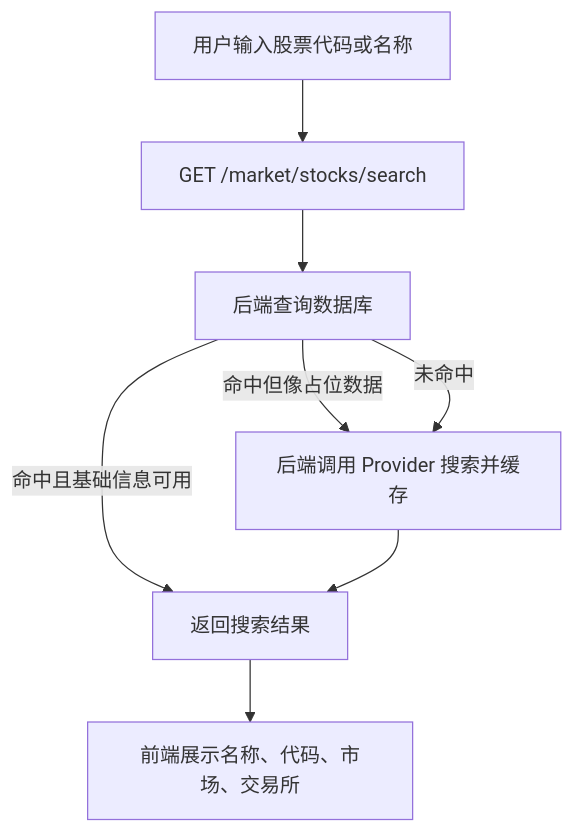
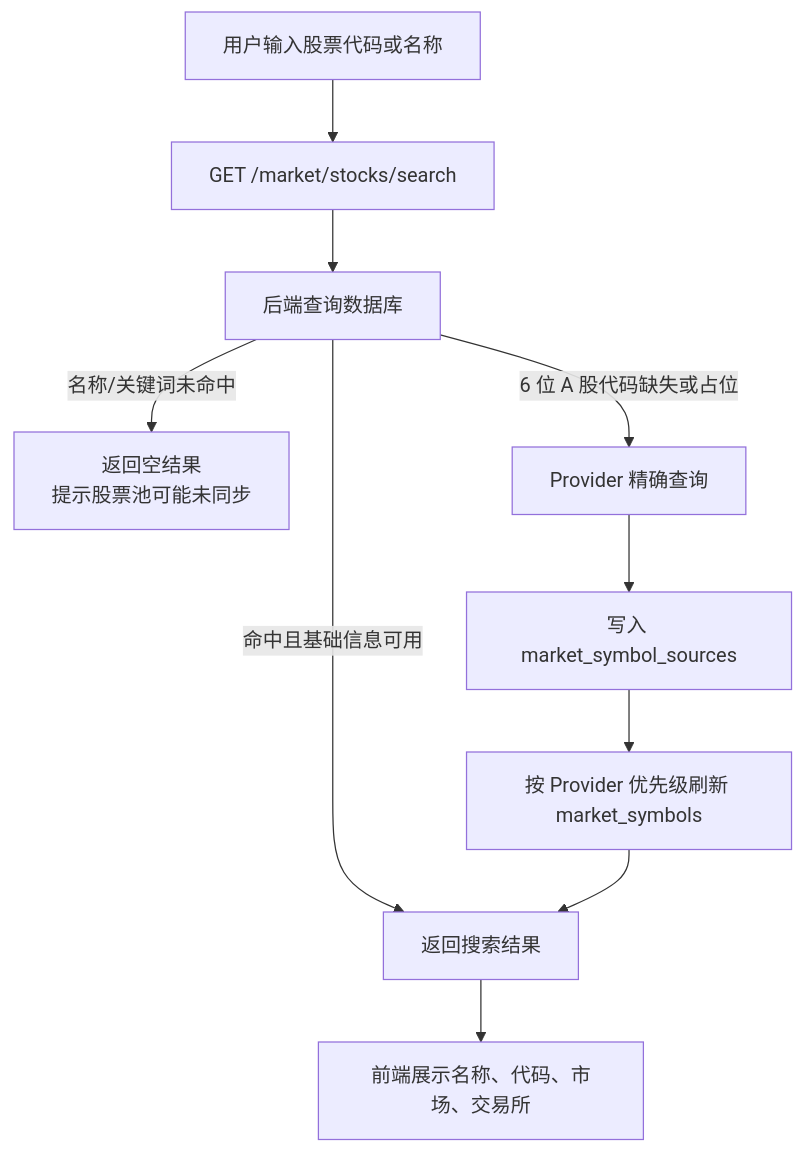
Before and after one commit to deleson/langgraph_commerce_stock_backend: the second of 7 diagrams in docs/前端对接指南.md, drawn with Mermaid. The commit also changed other lines of this file and 31 other files, not shown here.

Commit message:
feat: add market symbol sync workflow

````diff
--- a/docs/前端对接指南.md
+++ b/docs/前端对接指南.md
@@ -148,10 +148,12 @@
 ```mermaid
 flowchart TD
     A["用户输入股票代码或名称"] --> B["GET /market/stocks/search"]
     B --> C["后端查询数据库"]
     C -->|命中且基础信息可用| D["返回搜索结果"]
-    C -->|命中但像占位数据| E["后端调用 Provider 搜索并缓存"]
-    C -->|未命中| E
-    E --> D
-    D --> F["前端展示名称、代码、市场、交易所"]
+    C -->|名称/关键词未命中| E["返回空结果<br/>提示股票池可能未同步"]
+    C -->|6 位 A 股代码缺失或占位| F["Provider 精确查询"]
+    F --> G["写入 market_symbol_sources"]
+    G --> H["按 Provider 优先级刷新 market_symbols"]
+    H --> D
+    D --> I["前端展示名称、代码、市场、交易所"]
 ```
````
